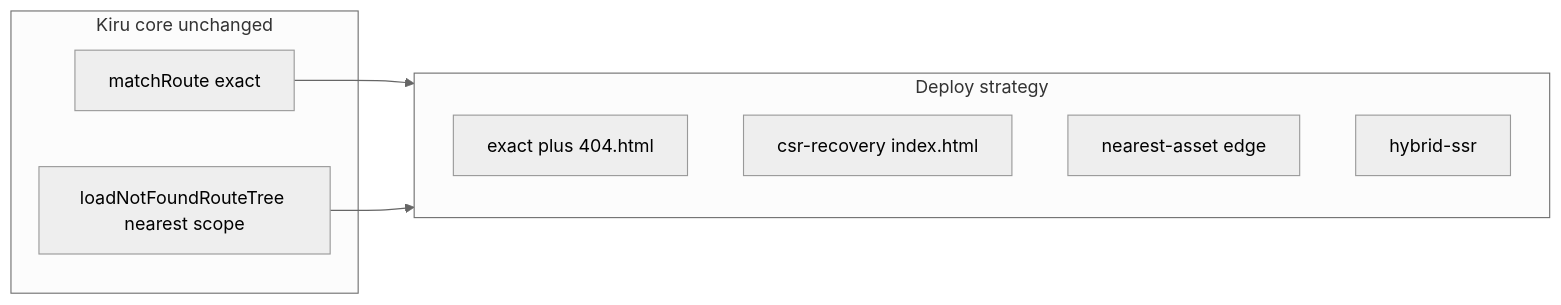
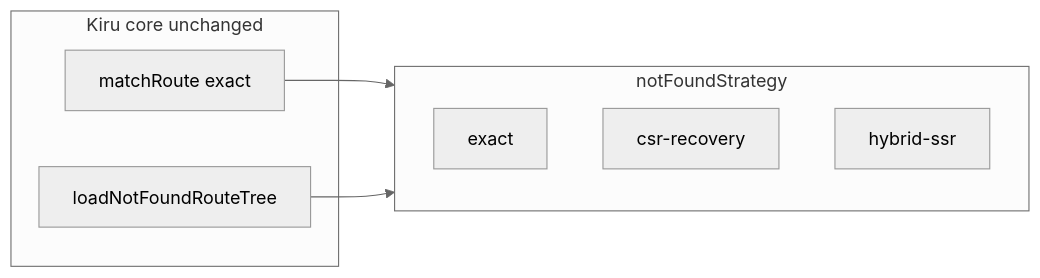
The second of 2 diagrams in docs/v2/19-static-404-and-host-fallback-strategies.md (kirujs/kiru), drawn with Mermaid (neutral theme) before and after one commit. The commit also changed other lines of this file and 15 other files, not shown here.

First line of the commit message:
Implement configurable not-found strategies for Vite preview and SSR

````diff
--- a/docs/v2/19-static-404-and-host-fallback-strategies.md
+++ b/docs/v2/19-static-404-and-host-fallback-strategies.md
@@ -103,15 +130,14 @@
 ```mermaid
 flowchart LR
   subgraph core [Kiru core unchanged]
     match[matchRoute exact]
-    nf[loadNotFoundRouteTree nearest scope]
+    nf[loadNotFoundRouteTree]
   end
-  subgraph deploy [Deploy strategy]
-    exact[exact plus 404.html]
-    csr[csr-recovery index.html]
-    near[nearest-asset edge]
+  subgraph deploy [notFoundStrategy]
+    exact[exact]
+    csr[csr-recovery]
     hyb[hybrid-ssr]
   end
   match --> deploy
   nf --> deploy
 ```
````
